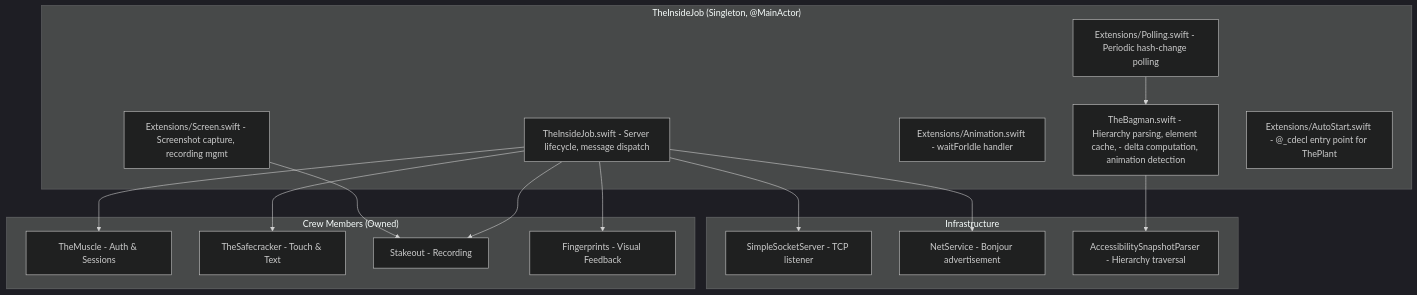
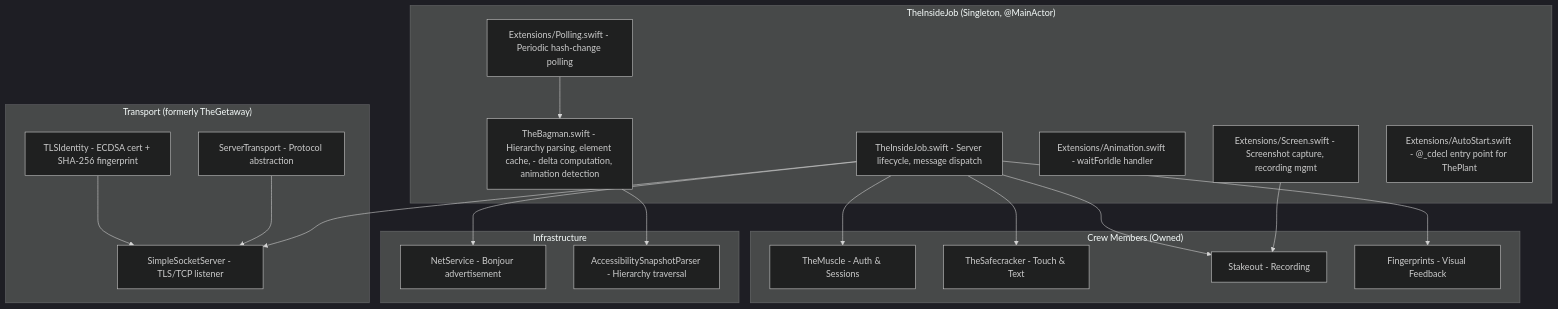
One commit to RoyalPineapple/TheButtonHeist changed the first of 3 diagrams in docs/dossiers/07-THEINSIDEJOB.md. Above: the diagram before and after it, drawn with Mermaid (dark theme). The commit also changed other lines of this file and 4 other files, not shown here.

````diff
--- a/docs/dossiers/07-THEINSIDEJOB.md
+++ b/docs/dossiers/07-THEINSIDEJOB.md
@@ -20,34 +22,42 @@
 ```mermaid
 graph TD
     subgraph TheInsideJob["TheInsideJob (Singleton, @MainActor)"]
         Core["TheInsideJob.swift - Server lifecycle, message dispatch"]
         Bagman["TheBagman.swift - Hierarchy parsing, element cache, - delta computation, animation detection"]
         Anim["Extensions/Animation.swift - waitForIdle handler"]
         Poll["Extensions/Polling.swift - Periodic hash-change polling"]
         Screen["Extensions/Screen.swift - Screenshot capture, recording mgmt"]
         Auto["Extensions/AutoStart.swift - @_cdecl entry point for ThePlant"]
     end
 
     subgraph Crew["Crew Members (Owned)"]
         Muscle["TheMuscle - Auth & Sessions"]
         Safecracker["TheSafecracker - Touch & Text"]
         StakeoutCrew["Stakeout - Recording"]
         Fingerprints["Fingerprints - Visual Feedback"]
     end
 
+    subgraph Transport["Transport (formerly TheGetaway)"]
+        Server["SimpleSocketServer - TLS/TCP listener"]
+        STransport["ServerTransport - Protocol abstraction"]
+        TLS["TLSIdentity - ECDSA cert + SHA-256 fingerprint"]
+    end
+
     subgraph Infra["Infrastructure"]
-        Server["SimpleSocketServer - TCP listener"]
         NetService["NetService - Bonjour advertisement"]
         Parser["AccessibilitySnapshotParser - Hierarchy traversal"]
     end
+
+    TLS --> Server
+    STransport --> Server
 
     Core --> Muscle
     Core --> Safecracker
     Core --> StakeoutCrew
     Core --> Fingerprints
     Core --> Server
     Core --> NetService
     Bagman --> Parser
     Poll --> Bagman
     Screen --> StakeoutCrew
 ```
````
